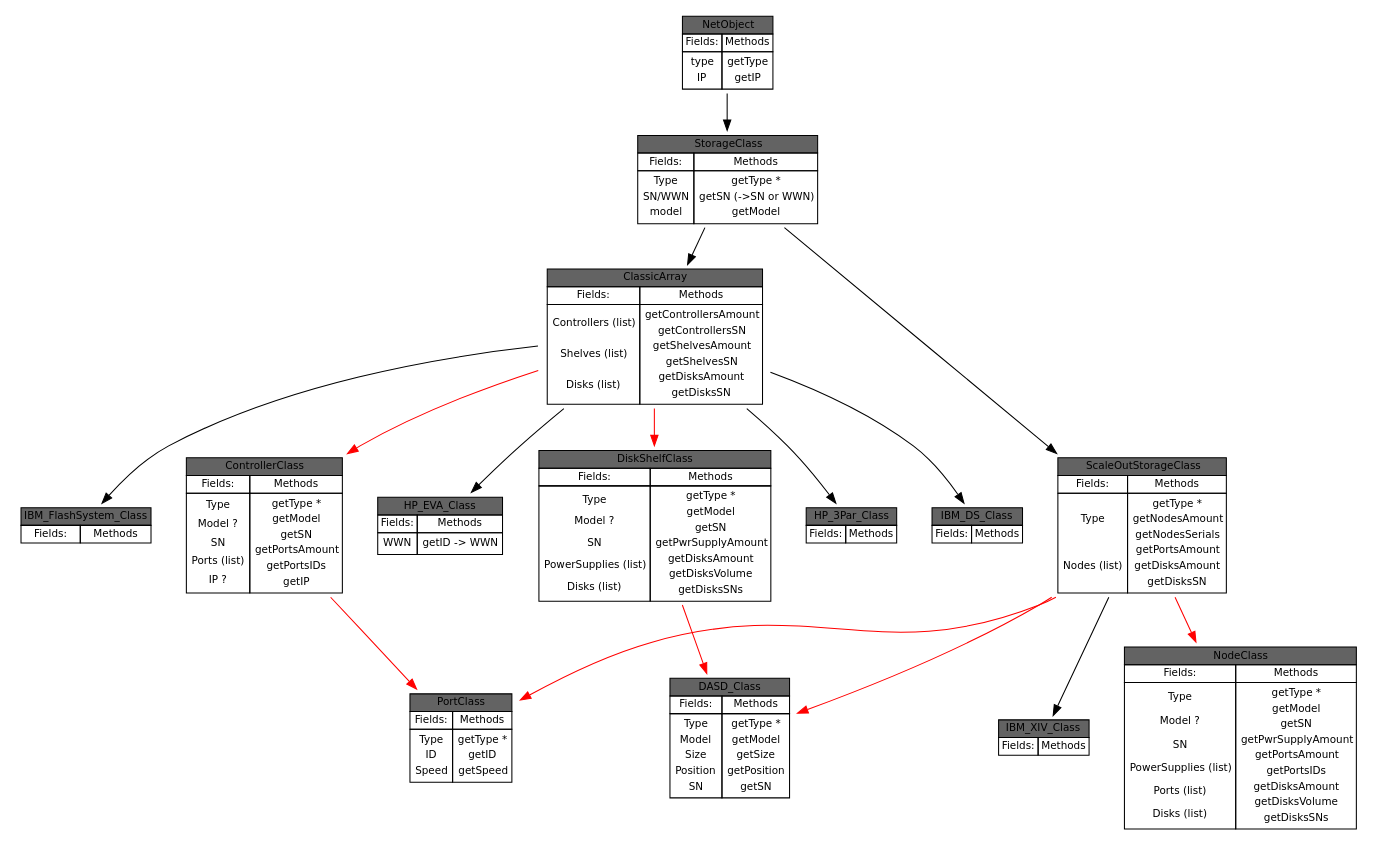
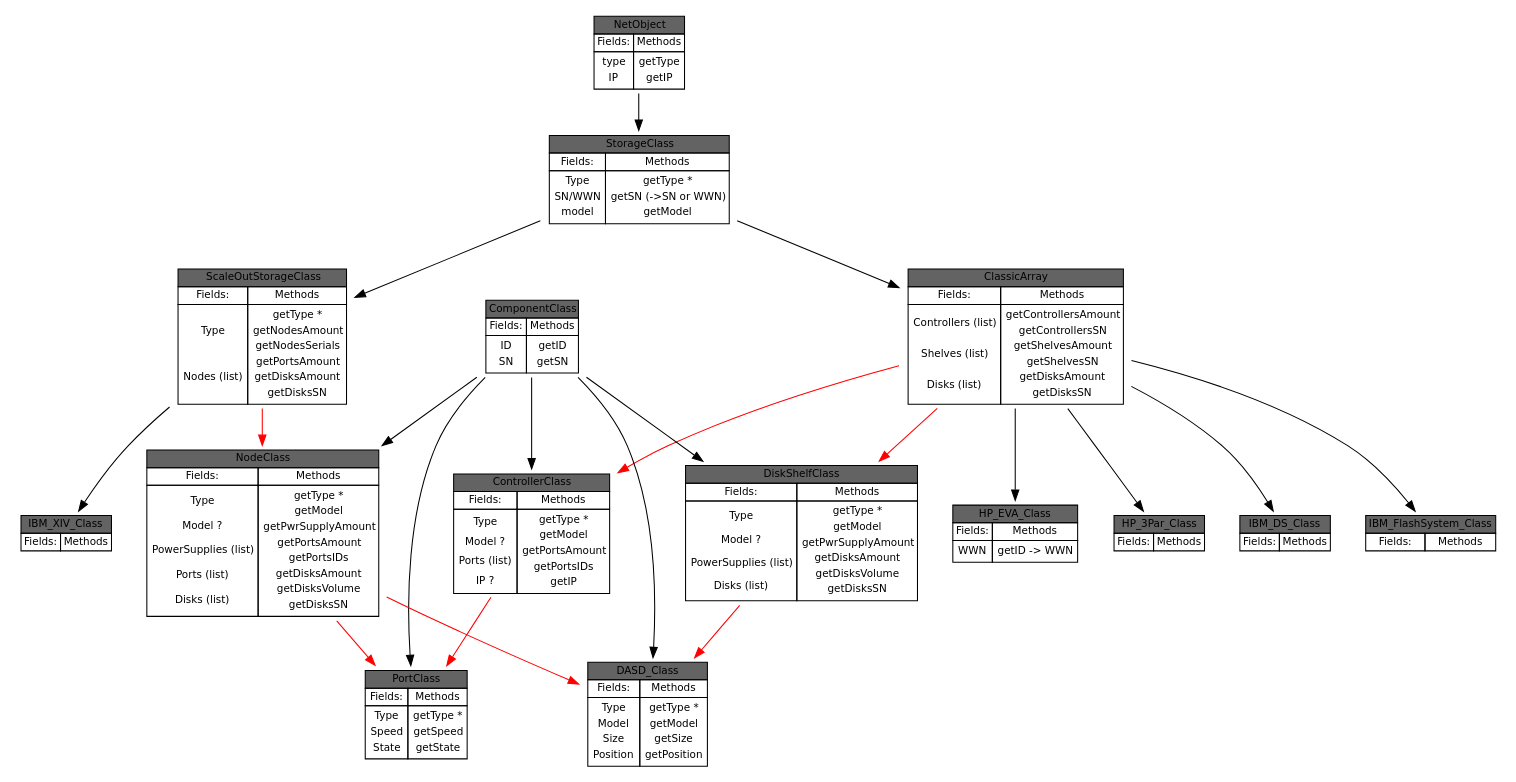
One commit to gdg-work/ZabbixInevntory changed the diagram in Obj_Hierarchy.dot. Above: the diagram before and after it, drawn with Graphviz. The commit also changed 1 other file, not shown here.

```diff
--- a/Obj_Hierarchy.dot
+++ b/Obj_Hierarchy.dot
@@ -122,6 +122,23 @@
 
     scaleOutStorage -> ibmXIV;
 
+    # General 'Component' class
+    componentClass [label=<<TABLE BORDER="0" CELLBORDER="1" CELLSPACING="0">
+        <TR><TD BGCOLOR="#636363" colspan="2">ComponentClass</TD></TR>
+        <TR><TD>Fields:</TD> <TD>Methods</TD></TR>
+        <TR>
+           <TD><TABLE BORDER="0" CELLBORDER="0" CELLSPACING="0">
+               <TR><TD>ID</TD></TR>
+               <TR><TD>SN</TD></TR>
+               </TABLE>
+           </TD>
+           <TD><TABLE BORDER="0" CELLBORDER="0" CELLSPACING="0">
+               <TR><TD>getID</TD></TR>
+               <TR><TD>getSN</TD></TR>
+               </TABLE>
+           </TD>
+        </TR>
+    </TABLE>>]
 
     # Disk, Controller, Node
     
@@ -133,17 +150,17 @@
                <TR><TD>Type</TD></TR>
                <TR><TD>Model</TD></TR>
                <TR><TD>Size</TD></TR>
-               <TR><TD>Position</TD></TR>
-               <TR><TD>SN</TD></TR></TABLE>
+               <TR><TD>Position</TD></TR></TABLE>
                </TD>
            <TD><TABLE BORDER="0" CELLBORDER="0" CELLSPACING="0">
                <TR><TD>getType *</TD></TR>
                <TR><TD>getModel</TD></TR>
                <TR><TD>getSize</TD></TR>
-               <TR><TD>getPosition</TD></TR>
-               <TR><TD>getSN</TD></TR></TABLE>
+               <TR><TD>getPosition</TD></TR></TABLE>
                </TD></TR>
         </TABLE>>] ;
+
+    componentClass -> diskClass;
 
     controllerClass [label=<<TABLE BORDER="0" CELLBORDER="1" CELLSPACING="0">
        <TR><TD BGCOLOR="#636363" colspan="2">ControllerClass</TD></TR>
@@ -152,19 +169,19 @@
            <TD><TABLE BORDER="0" CELLBORDER="0" CELLSPACING="0">
                <TR><TD>Type</TD></TR>
                <TR><TD>Model ?</TD></TR>
-               <TR><TD>SN</TD></TR>
                <TR><TD>Ports (list)</TD></TR>
                <TR><TD>IP ?</TD></TR></TABLE>
                </TD>
            <TD><TABLE BORDER="0" CELLBORDER="0" CELLSPACING="0">
                <TR><TD>getType *</TD></TR>
                <TR><TD>getModel</TD></TR>
-               <TR><TD>getSN</TD></TR>
                <TR><TD>getPortsAmount</TD></TR>
                <TR><TD>getPortsIDs</TD></TR>
                <TR><TD>getIP</TD></TR></TABLE>
                </TD></TR>
         </TABLE>>];
+
+    componentClass -> controllerClass;
 
     diskShelfClass [label=<<TABLE BORDER="0" CELLBORDER="1" CELLSPACING="0">
        <TR><TD BGCOLOR="#636363" colspan="2">DiskShelfClass</TD></TR>
@@ -173,20 +190,20 @@
            <TD><TABLE BORDER="0" CELLBORDER="0" CELLSPACING="0">
                <TR><TD>Type</TD></TR>
                <TR><TD>Model ?</TD></TR>
-               <TR><TD>SN</TD></TR>
                <TR><TD>PowerSupplies (list)</TD></TR>
                <TR><TD>Disks (list)</TD></TR></TABLE>
                </TD>
            <TD><TABLE BORDER="0" CELLBORDER="0" CELLSPACING="0">
                <TR><TD>getType *</TD></TR>
                <TR><TD>getModel</TD></TR>
-               <TR><TD>getSN</TD></TR>
                <TR><TD>getPwrSupplyAmount</TD></TR>
                <TR><TD>getDisksAmount</TD></TR>
                <TR><TD>getDisksVolume</TD></TR>
-               <TR><TD>getDisksSNs</TD></TR> </TABLE>
+               <TR><TD>getDisksSN</TD></TR> </TABLE>
                </TD></TR>
         </TABLE>>];
+
+    componentClass -> diskShelfClass;
 
         classicArray -> diskShelfClass [color=red size=2];
         classicArray -> controllerClass [color=red size=2];
@@ -200,7 +217,6 @@
            <TD><TABLE BORDER="0" CELLBORDER="0" CELLSPACING="0">
                <TR><TD>Type</TD></TR>
                <TR><TD>Model ?</TD></TR>
-               <TR><TD>SN</TD></TR>
                <TR><TD>PowerSupplies (list)</TD></TR>
                <TR><TD>Ports (list)</TD></TR>
                <TR><TD>Disks (list)</TD></TR></TABLE>
@@ -208,19 +224,20 @@
            <TD><TABLE BORDER="0" CELLBORDER="0" CELLSPACING="0">
                <TR><TD>getType *</TD></TR>
                <TR><TD>getModel</TD></TR>
-               <TR><TD>getSN</TD></TR>
                <TR><TD>getPwrSupplyAmount</TD></TR>
                <TR><TD>getPortsAmount</TD></TR>
                <TR><TD>getPortsIDs</TD></TR>
                <TR><TD>getDisksAmount</TD></TR>
                <TR><TD>getDisksVolume</TD></TR>
-               <TR><TD>getDisksSNs</TD></TR> </TABLE>
+               <TR><TD>getDisksSN</TD></TR> </TABLE>
                </TD></TR>
         </TABLE>>];
 
+    componentClass -> nodeClass;
+
     scaleOutStorage -> nodeClass [color=red size=2];
-    scaleOutStorage -> diskClass [color=red size=2];
-    scaleOutStorage -> portClass [color=red size=2];
+    nodeClass -> diskClass [color=red size=2];
+    nodeClass -> portClass [color=red size=2];
 
     portClass [label=<<TABLE BORDER="0" CELLBORDER="1" CELLSPACING="0">
        <TR><TD BGCOLOR="#636363" colspan="2">PortClass</TD></TR>
@@ -228,15 +245,17 @@
        <TR>
            <TD><TABLE BORDER="0" CELLBORDER="0" CELLSPACING="0">
                <TR><TD>Type</TD></TR>
-               <TR><TD>ID</TD></TR>
-               <TR><TD>Speed</TD></TR></TABLE>
+               <TR><TD>Speed</TD></TR>
+               <TR><TD>State</TD></TR></TABLE>
                </TD>
            <TD><TABLE BORDER="0" CELLBORDER="0" CELLSPACING="0">
                <TR><TD>getType *</TD></TR>
-               <TR><TD>getID</TD></TR>
-               <TR><TD>getSpeed</TD></TR></TABLE>
+               <TR><TD>getSpeed</TD></TR>
+               <TR><TD>getState</TD></TR></TABLE>
                </TD></TR>
         </TABLE>>];
+
+    componentClass -> portClass;
 
 }
 # 
```
